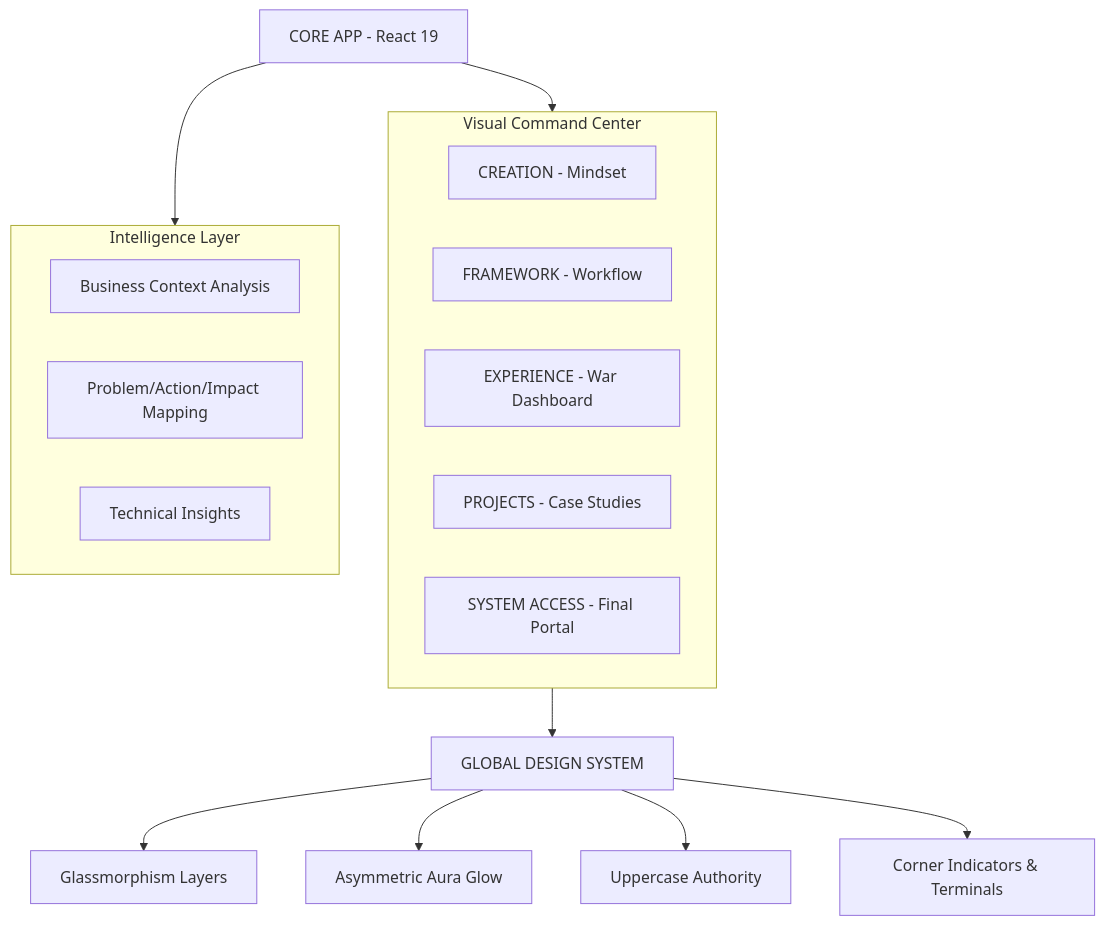
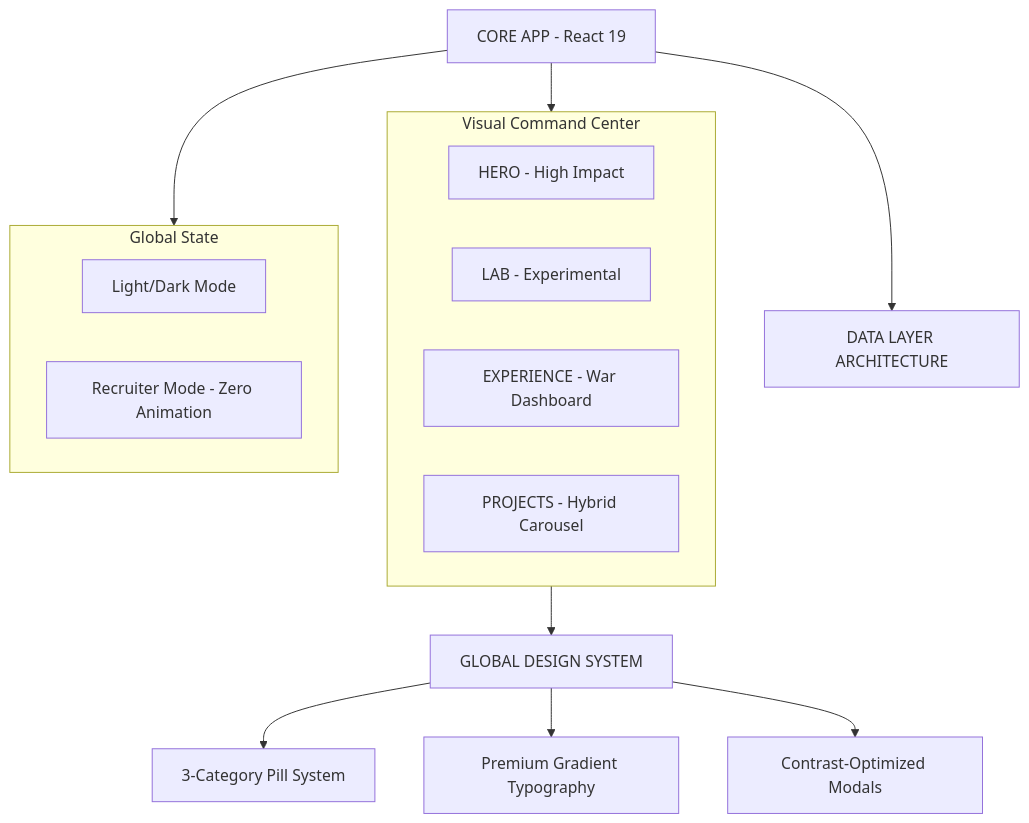
The diagram in README.md (lukaslimna1/Lucas-Lima-Digital), drawn with Mermaid before and after one commit. The commit also changed other lines of this file and 21 other files, not shown here.

Commit message:
feat: v6.0.0 - Hybrid Carousel, Recruiter Mode & Light Mode 2.0 Overhaul

````diff
--- a/README.md
+++ b/README.md
@@ -42,25 +31,23 @@
 ```mermaid
 graph TD
     A[CORE APP - React 19] --> B[VISUAL MODULES]
     A --> C[DATA LAYER ARCHITECTURE]
+    A --> E[THEME & MODE CONTROLLER]
     
     subgraph B [Visual Command Center]
-        B1[CREATION - Mindset]
-        B2[FRAMEWORK - Workflow]
+        B1[HERO - High Impact]
+        B2[LAB - Experimental]
         B3[EXPERIENCE - War Dashboard]
-        B4[PROJECTS - Case Studies]
-        B5[SYSTEM ACCESS - Final Portal]
+        B4[PROJECTS - Hybrid Carousel]
     end
     
-    subgraph C [Intelligence Layer]
-        C1[Business Context Analysis]
-        C2[Problem/Action/Impact Mapping]
-        C3[Technical Insights]
+    subgraph E [Global State]
+        E1[Light/Dark Mode]
+        E2[Recruiter Mode - Zero Animation]
     end
     
     B --> D[GLOBAL DESIGN SYSTEM]
-    D --> D1[Glassmorphism Layers]
-    D --> D2[Asymmetric Aura Glow]
-    D --> D3[Uppercase Authority]
-    D --> D4[Corner Indicators & Terminals]
+    D --> D1[3-Category Pill System]
+    D --> D2[Premium Gradient Typography]
+    D --> D3[Contrast-Optimized Modals]
 ```
````
